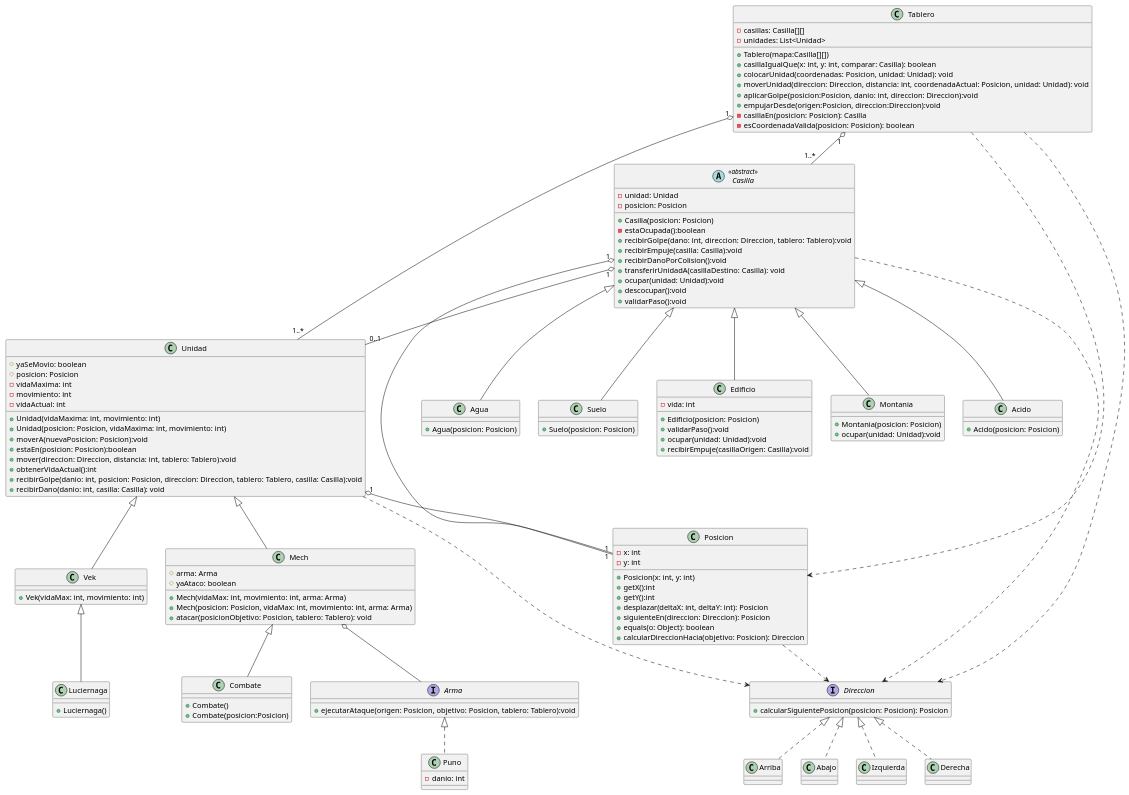
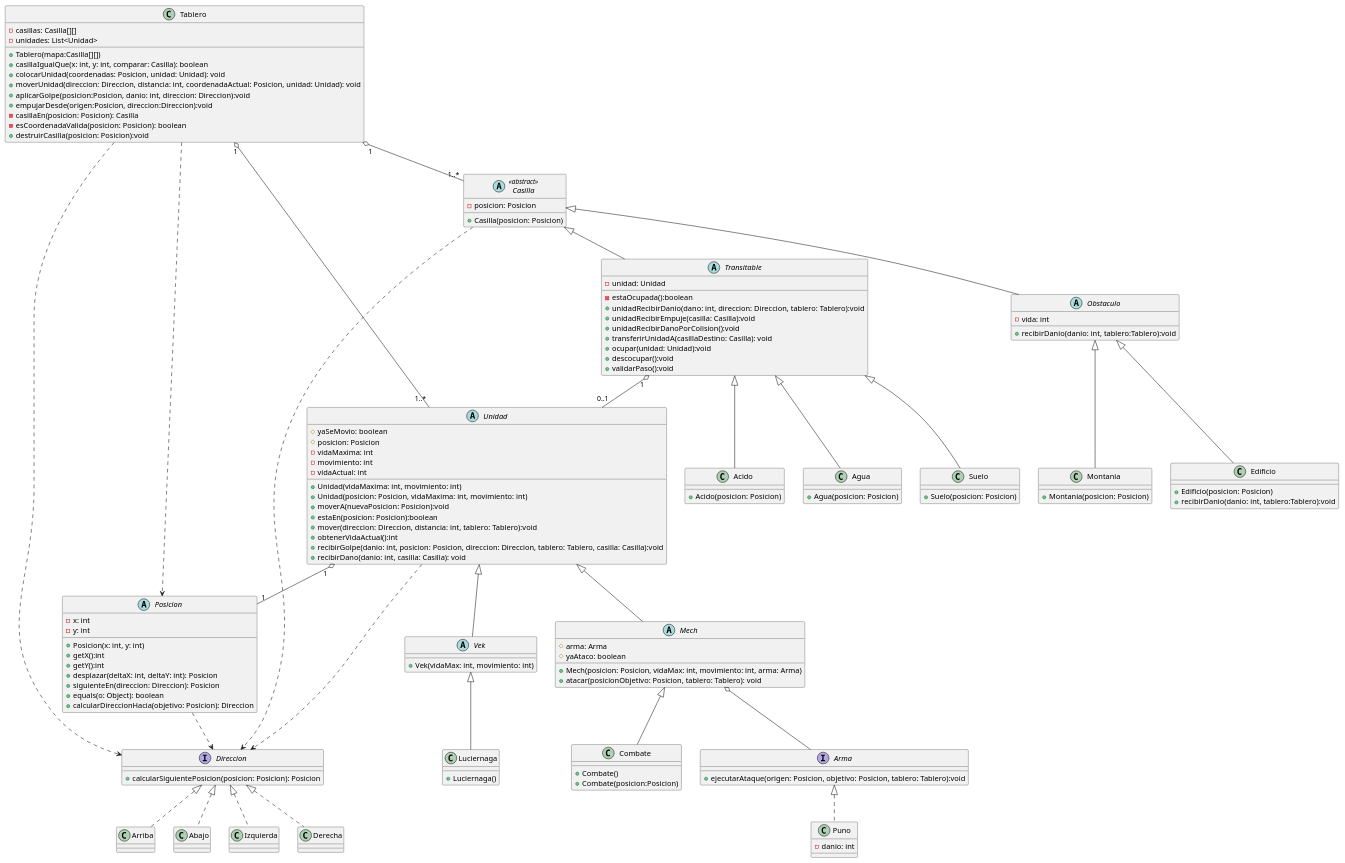
Before and after one commit to MarianoArgerich/TP2_Paradigmas_Suarez: the diagram in diagrams/Entrega1/DiagramaClase.puml, drawn with PlantUML. The commit also changed 1 other file, not shown here.

Commit message:
Diagrama de clase actual para la entrega 1xd

```diff
--- a/diagrams/Entrega1/DiagramaClase.puml
+++ b/diagrams/Entrega1/DiagramaClase.puml
@@ -1,165 +1,177 @@
 @startuml
 'https://plantuml.com/class-diagram
 
 class Tablero {
         - casillas: Casilla[][]
         - unidades: List<Unidad>
 
         + Tablero(mapa:Casilla[][])
         + casillaIgualQue(x: int, y: int, comparar: Casilla): boolean
         + colocarUnidad(coordenadas: Posicion, unidad: Unidad): void
         + moverUnidad(direccion: Direccion, distancia: int, coordenadaActual: Posicion, unidad: Unidad): void
         + aplicarGolpe(posicion:Posicion, danio: int, direccion: Direccion):void
         + empujarDesde(origen:Posicion, direccion:Direccion):void
         - casillaEn(posicion: Posicion): Casilla
         - esCoordenadaValida(posicion: Posicion): boolean
+        + destruirCasilla(posicion: Posicion):void
 
 }
 
 abstract class Casilla <<abstract>> {
-        - unidad: Unidad
+
         - posicion: Posicion
 
         + Casilla(posicion: Posicion)
+
+
+}
+
+
+abstract class Transitable extends Casilla{
+        - unidad: Unidad
+
         - estaOcupada():boolean
-        + recibirGolpe(dano: int, direccion: Direccion, tablero: Tablero):void
-        + recibirEmpuje(casilla: Casilla):void
-        + recibirDanoPorColision():void
+        + unidadRecibirDanio(dano: int, direccion: Direccion, tablero: Tablero):void
+        + unidadRecibirEmpuje(casilla: Casilla):void
+        + unidadRecibirDanoPorColision():void
         + transferirUnidadA(casillaDestino: Casilla): void
         + ocupar(unidad: Unidad):void
         + descocupar():void
         + validarPaso():void
+
+}
+
+abstract class Obstaculo extends Casilla{
+        - vida: int
+
+        + recibirDanio(danio: int, tablero:Tablero):void
 }
 
 
-class Unidad {
+abstract class Unidad {
         # yaSeMovio: boolean
         # posicion: Posicion
         - vidaMaxima: int
         - movimiento: int
         - vidaActual: int
 
         + Unidad(vidaMaxima: int, movimiento: int)
         + Unidad(posicion: Posicion, vidaMaxima: int, movimiento: int)
         + moverA(nuevaPosicion: Posicion):void
         + estaEn(posicion: Posicion):boolean
         + mover(direccion: Direccion, distancia: int, tablero: Tablero):void
         + obtenerVidaActual():int
         + recibirGolpe(danio: int, posicion: Posicion, direccion: Direccion, tablero: Tablero, casilla: Casilla):void
         + recibirDano(danio: int, casilla: Casilla): void
 
 }
 
-class Posicion {
+abstract class Posicion {
         - x: int
         - y: int
 
         + Posicion(x: int, y: int)
         + getX():int
         + getY():int
         + desplazar(deltaX: int, deltaY: int): Posicion
         + siguienteEn(direccion: Direccion): Posicion
         + equals(o: Object): boolean
         + calcularDireccionHacia(objetivo: Posicion): Direccion
 }
 
 interface Direccion {
 
        + calcularSiguientePosicion(posicion: Posicion): Posicion
 }
 
 interface Arma {
 
        + ejecutarAtaque(origen: Posicion, objetivo: Posicion, tablero: Tablero):void
 }
 
 class Puno implements Arma {
         - danio: int
 }
 
-class Acido extends Casilla {
+class Acido extends Transitable {
        + Acido(posicion: Posicion)
 }
 
-class Agua extends Casilla {
+class Agua extends Transitable {
        + Agua(posicion: Posicion)
 }
 
-class Suelo extends Casilla {
+class Suelo extends Transitable {
        + Suelo(posicion: Posicion)
 }
 
-class Edificio extends Casilla {
-       - vida: int
+class Edificio extends Obstaculo {
 
        + Edificio(posicion: Posicion)
-       + validarPaso():void
-       + ocupar(unidad: Unidad):void
-       + recibirEmpuje(casillaOrigen: Casilla):void
+       + recibirDanio(danio: int, tablero:Tablero):void
+
 }
 
-class Montania extends Casilla {
+class Montania extends Obstaculo {
 
        + Montania(posicion: Posicion)
-       + ocupar(unidad: Unidad):void
 }
 
 
 class Abajo implements Direccion {
 
 }
 class Izquierda implements Direccion {
 
 }
 class Derecha implements Direccion {
 
 }
 class Arriba implements Direccion {
 
 }
 
-class Mech extends Unidad{
+abstract class Mech extends Unidad{
         # arma: Arma
         # yaAtaco: boolean
 
-        + Mech(vidaMax: int, movimiento: int, arma: Arma)
         + Mech(posicion: Posicion, vidaMax: int, movimiento: int, arma: Arma)
         + atacar(posicionObjetivo: Posicion, tablero: Tablero): void
 }
 
-class Vek extends Unidad{
+abstract class Vek extends Unidad{
 
         + Vek(vidaMax: int, movimiento: int)
 }
 
 class Combate extends Mech{
         + Combate()
         + Combate(posicion:Posicion)
 }
 
 class Luciernaga extends Vek{
         + Luciernaga()
 }
 
 Tablero"1" o-- "1..*"Casilla
 Tablero"1" o-- "1..*"Unidad
 Tablero ..> Direccion
 Tablero ..> Posicion
 
-Casilla"1" o-- "0..1"Unidad
-Casilla"1" o-- "1"Posicion
+Transitable"1" o-- "0..1"Unidad
+
 Casilla ..> Direccion
 Unidad"1" o-- "1"Posicion
 Unidad ..> Direccion
 
 
 Posicion ..> Direccion
 Mech o-- Arma
 
 
 
 
 
 
 
 @enduml
```
